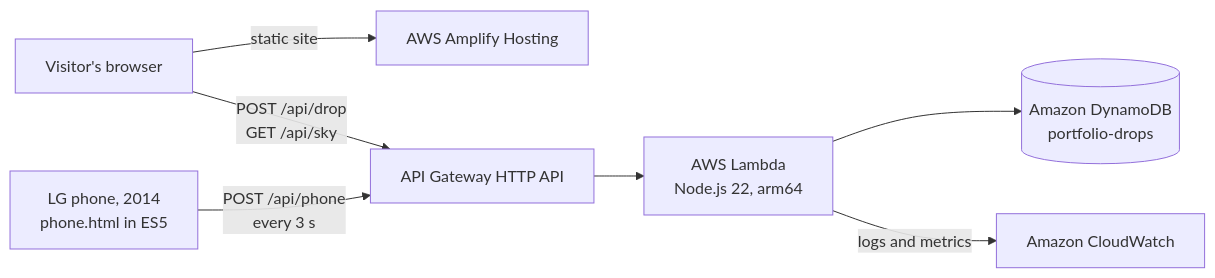
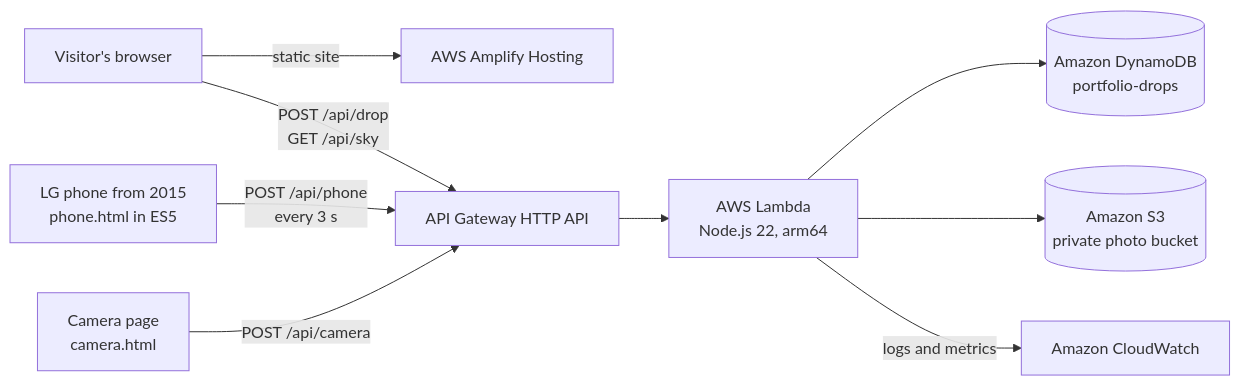
Before and after one commit to Josegas/Portfolio: the diagram in README.md, drawn with Mermaid. The commit also changed other lines of this file and 20 other files, not shown here.

Commit message:
Add live proof, project cards, live architecture and security demo

````diff
--- a/README.md
+++ b/README.md
@@ -15,9 +15,11 @@
 ```mermaid
 flowchart LR
   V["Visitor's browser"] -->|"static site"| AMP["AWS Amplify Hosting"]
   V -->|"POST /api/drop<br/>GET /api/sky"| GW["API Gateway HTTP API"]
-  P["LG phone, 2014<br/>phone.html in ES5"] -->|"POST /api/phone<br/>every 3 s"| GW
+  P["LG phone from 2015<br/>phone.html in ES5"] -->|"POST /api/phone<br/>every 3 s"| GW
   GW --> L["AWS Lambda<br/>Node.js 22, arm64"]
+  C2["Camera page<br/>camera.html"] -->|"POST /api/camera"| GW
   L --> D[("Amazon DynamoDB<br/>portfolio-drops")]
+  L --> S[("Amazon S3<br/>private photo bucket")]
   L -->|"logs and metrics"| C["Amazon CloudWatch"]
 ```
````
